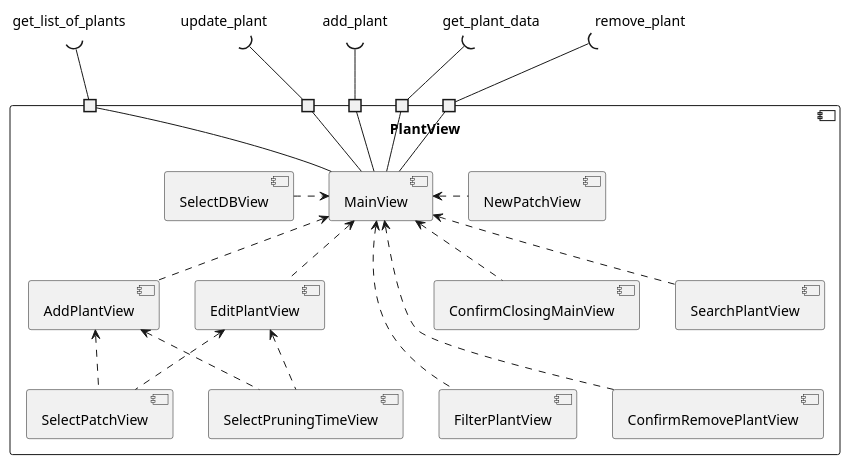
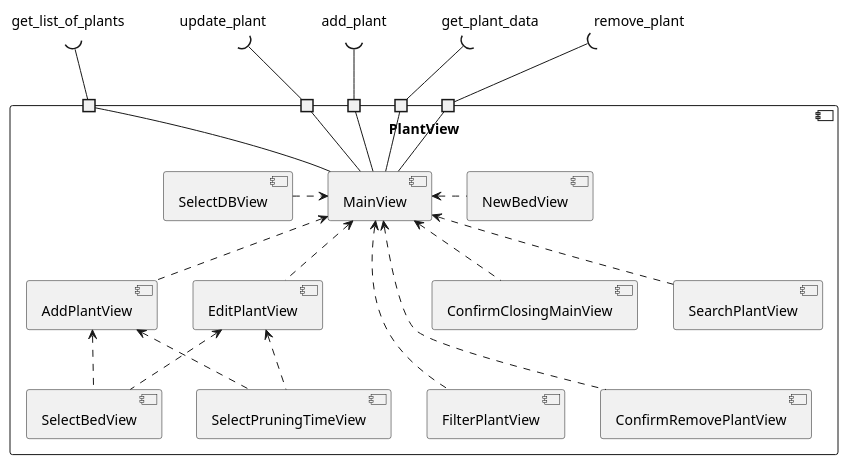
Before and after one commit to Project1989/PlantDB1.0: the diagram in doc/plantuml/Whitebox_PlantView.puml, drawn with PlantUML. The commit also changed 26 other files, not shown here.

```diff
--- a/doc/plantuml/Whitebox_PlantView.puml
+++ b/doc/plantuml/Whitebox_PlantView.puml
@@ -1,57 +1,57 @@
 @startuml Whitebox PlantView
 component PlantView as pView {
     component MainView as mView  
     component AddPlantView as addPView 
     component ConfirmRemovePlantView as confRemPView
     component EditPlantView as editPView
     component SelectPruningTimeView as selPrunTiView
     component SelectDBView as selDBView
     component ConfirmClosingMainView as confClMView
     component FilterPlantView as filterPView
     component SearchPlantView as searchPView
-    component NewPatchView as nPaView
-    component SelectPatchView as selPaView
+    component NewBedView as nBedView
+    component SelectBedView as selBedView
 
     port " " as p1
     port " " as p2
     port " " as p3
     port " " as p4
     port " " as p5
 
 
 }
 addPView .up.> mView
 confRemPView ..up.> mView
 selPrunTiView .up.> addPView
 selPrunTiView .up.> editPView
 selPrunTiView -[hidden]right->filterPView
 filterPView ..up.> mView
 confRemPView -[hidden]left-> filterPView 
 confClMView .up.> mView
 editPView .up.> mView
 selDBView .right.> mView
 searchPView .up.> mView
-nPaView .left.> mView
-selPaView .up.> editPView
-selPaView .up.> addPView
+nBedView .left.> mView
+selBedView .up.> editPView
+selBedView .up.> addPView
 
 label "get_plant_data" as getPData
 label "get_list_of_plants" as getLstOfP
 label "add_plant" as addP
 label "remove_plant" as remP
 label "update_plant" as updP
 
 
 p1 -up-( addP
 p2 -up-( updP
 p3 -up-( remP
 p4 -up-( getPData
 p5 -up-( getLstOfP
 
 mView -up- p1
 mView -up- p2
 mView -up- p3
 mView -up- p4
 mView -up- p5
 
 @enduml
```
